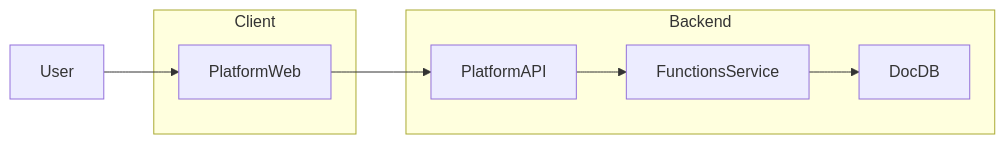
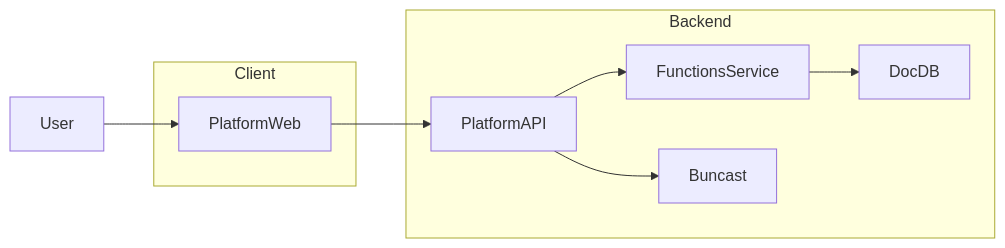
Before and after one commit to KartikBazzad/bunbase: the diagram in docs/architecture.md, drawn with Mermaid. The commit also changed other lines of this file and 82 other files, not shown here.

````diff
--- a/docs/architecture.md
+++ b/docs/architecture.md
@@ -12,17 +13,19 @@
 ```mermaid
 flowchart LR
   user[User] --> platformWeb[PlatformWeb]
   platformWeb --> platformAPI[PlatformAPI]
   platformAPI --> functionsService[FunctionsService]
   functionsService --> docdbService[DocDB]
+  platformAPI --> buncast[Buncast]
 
   subgraph clientSide[Client]
     platformWeb
   end
 
   subgraph serverSide[Backend]
     platformAPI
     functionsService
     docdbService
+    buncast
   end
 ```
````
